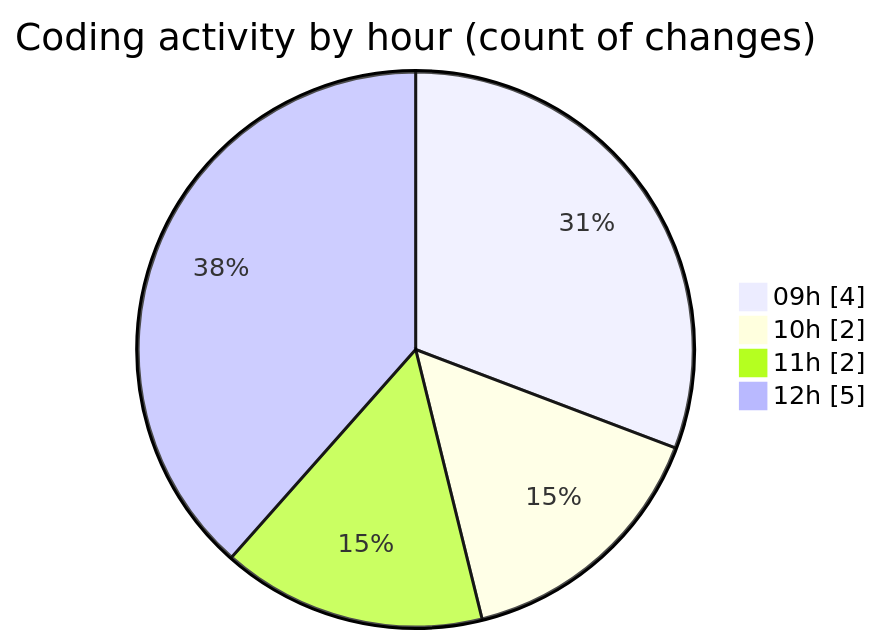
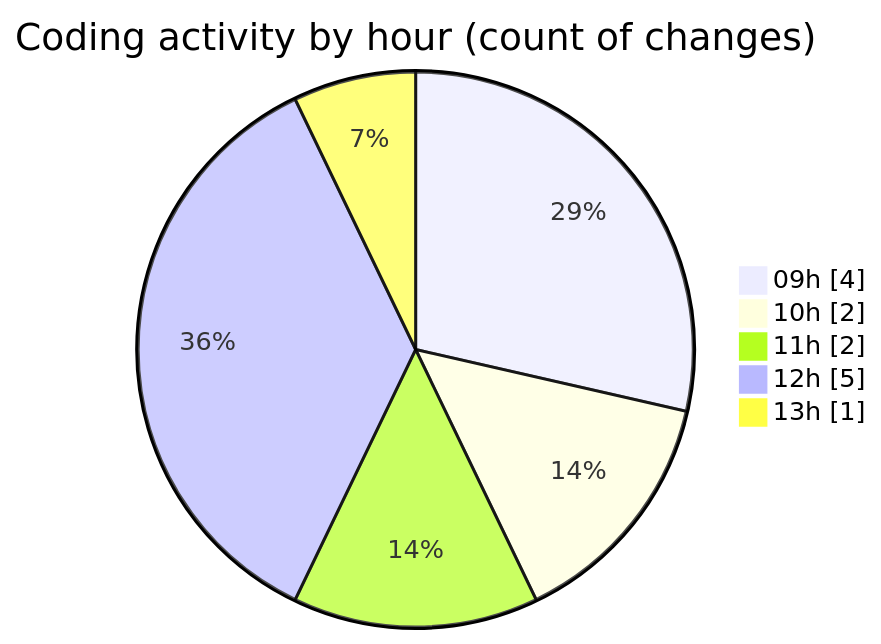
The second of 2 diagrams in 2025-04-22/synth_911data_gen/README.md (trdunsworth/code-tracking), drawn with Mermaid before and after one commit. The commit also changed other lines of this file and 1 other file, not shown here.

````diff
--- a/2025-04-22/synth_911data_gen/README.md
+++ b/2025-04-22/synth_911data_gen/README.md
@@ -30,8 +30,9 @@
 ```mermaid
 pie showData
 title Coding activity by hour (count of changes)
 "09h" : 4
 "10h" : 2
 "11h" : 2
 "12h" : 5
+"13h" : 1
 ```
````
